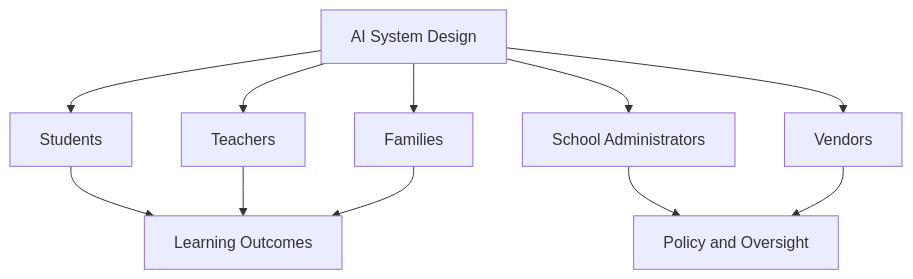
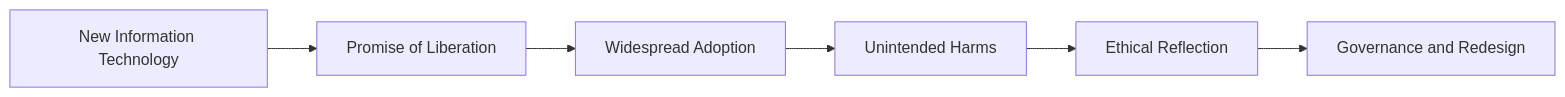
The first of 2 diagrams in chapters/01-what-is-computing-and-ai-ethics.md (brendanpshea/ai_ethics_book), drawn with Mermaid before and after one commit. The commit also changed other lines of this file and 15 other files, not shown here.

```diff
--- a/chapters/01-what-is-computing-and-ai-ethics.md
+++ b/chapters/01-what-is-computing-and-ai-ethics.md
@@ -45,13 +149,8 @@
   <pre class="mermaid">
-flowchart TD
-    A[AI System Design] --> B[Students]
-    A --> C[Teachers]
-    A --> D[Families]
-    A --> E[School Administrators]
-    A --> F[Vendors]
-    B --> G[Learning Outcomes]
-    C --> G
-    D --> G
-    E --> H[Policy and Oversight]
-    F --> H
+flowchart LR
+    A[New Information Technology] --> B[Promise of Liberation]
+    B --> C[Widespread Adoption]
+    C --> D[Unintended Harms]
+    D --> E[Ethical Reflection]
+    E --> F[Governance and Redesign]
   </pre>
```
